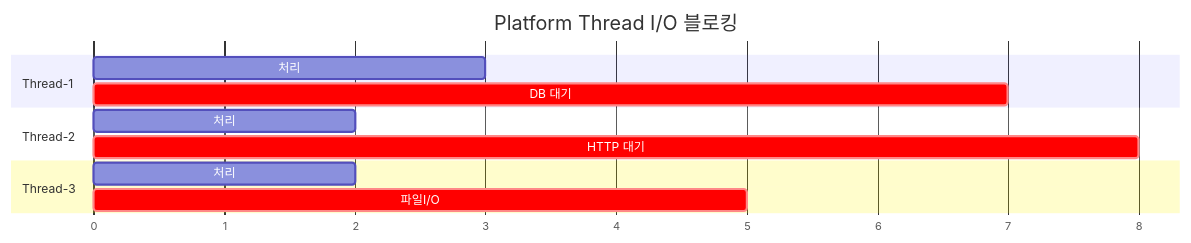
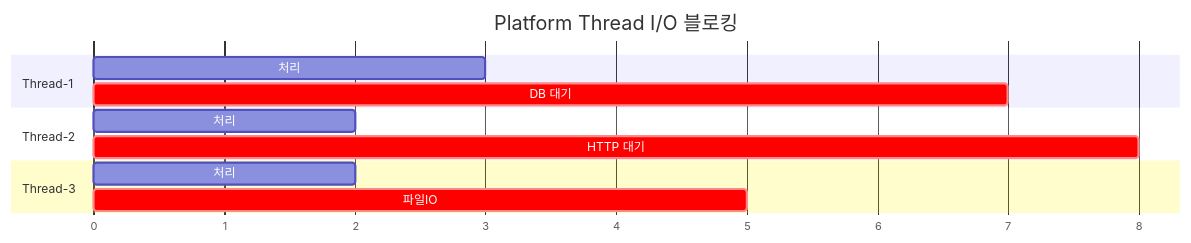
The first of 7 diagrams in _posts/java/2026-05-01-java-virtual-thread.md (yjkim2015/yjkim2015.github.io), drawn with Mermaid before and after one commit. The commit also changed other lines of this file and 155 other files, not shown here.

First line of the commit message:
Mermaid 전면 수정: subgraph 제거, participant/노드/줄수 축소 (342블록)

````diff
--- a/_posts/java/2026-05-01-java-virtual-thread.md
+++ b/_posts/java/2026-05-01-java-virtual-thread.md
@@ -42,15 +42,15 @@
 ```mermaid
 gantt
   title Platform Thread I/O 블로킹
   dateFormat X
   axisFormat %s
   section Thread-1
   처리 : 0, 3
   DB 대기 : crit, 3, 7
   section Thread-2
   처리 : 0, 2
   HTTP 대기 : crit, 2, 8
   section Thread-3
   처리 : 0, 2
-  파일I/O : crit, 2, 5
+  파일IO : crit, 2, 5
 ```
````
